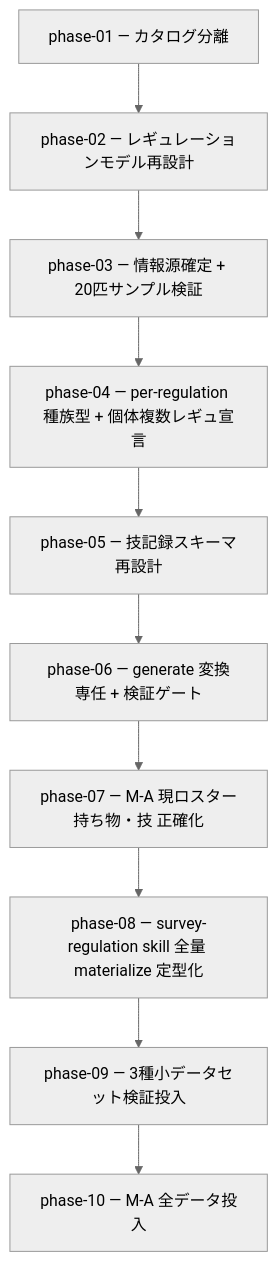
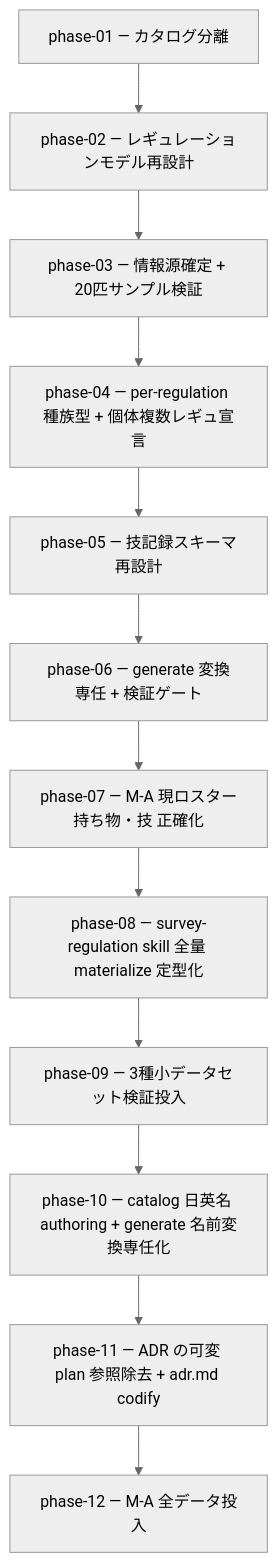
One commit to subroh0508/pokeform changed the diagram in docs/plan/02-data-model-redesign/README.md. Above: the diagram before and after it, drawn with Mermaid (neutral theme). The commit also changed other lines of this file and 8 other files, not shown here.

First line of the commit message:
docs(plan): 02-data-model-redesign に Phase 10/11 を追加し full-data を Phase 12 へ繰り下げ

````diff
--- a/docs/plan/02-data-model-redesign/README.md
+++ b/docs/plan/02-data-model-redesign/README.md
@@ -14,12 +14,14 @@
 ```mermaid
 flowchart TD
     P1[phase-01 — カタログ分離] --> P2[phase-02 — レギュレーションモデル再設計]
     P2 --> P3[phase-03 — 情報源確定 + 20匹サンプル検証]
     P3 --> P4[phase-04 — per-regulation 種族型 + 個体複数レギュ宣言]
     P4 --> P5[phase-05 — 技記録スキーマ再設計]
     P5 --> P6[phase-06 — generate 変換専任 + 検証ゲート]
     P6 --> P7[phase-07 — M-A 現ロスター持ち物・技 正確化]
     P7 --> P8[phase-08 — survey-regulation skill 全量 materialize 定型化]
     P8 --> P9[phase-09 — 3種小データセット検証投入]
-    P9 --> P10[phase-10 — M-A 全データ投入]
+    P9 --> P10[phase-10 — catalog 日英名 authoring + generate 名前変換専任化]
+    P10 --> P11[phase-11 — ADR の可変 plan 参照除去 + adr.md codify]
+    P11 --> P12[phase-12 — M-A 全データ投入]
 ```
````
